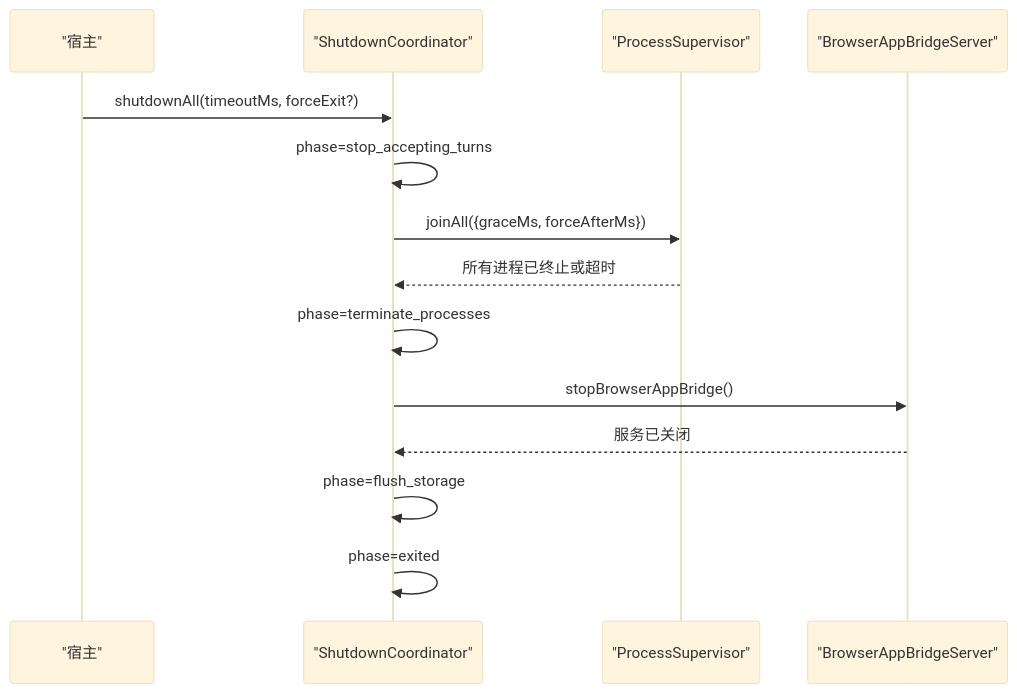
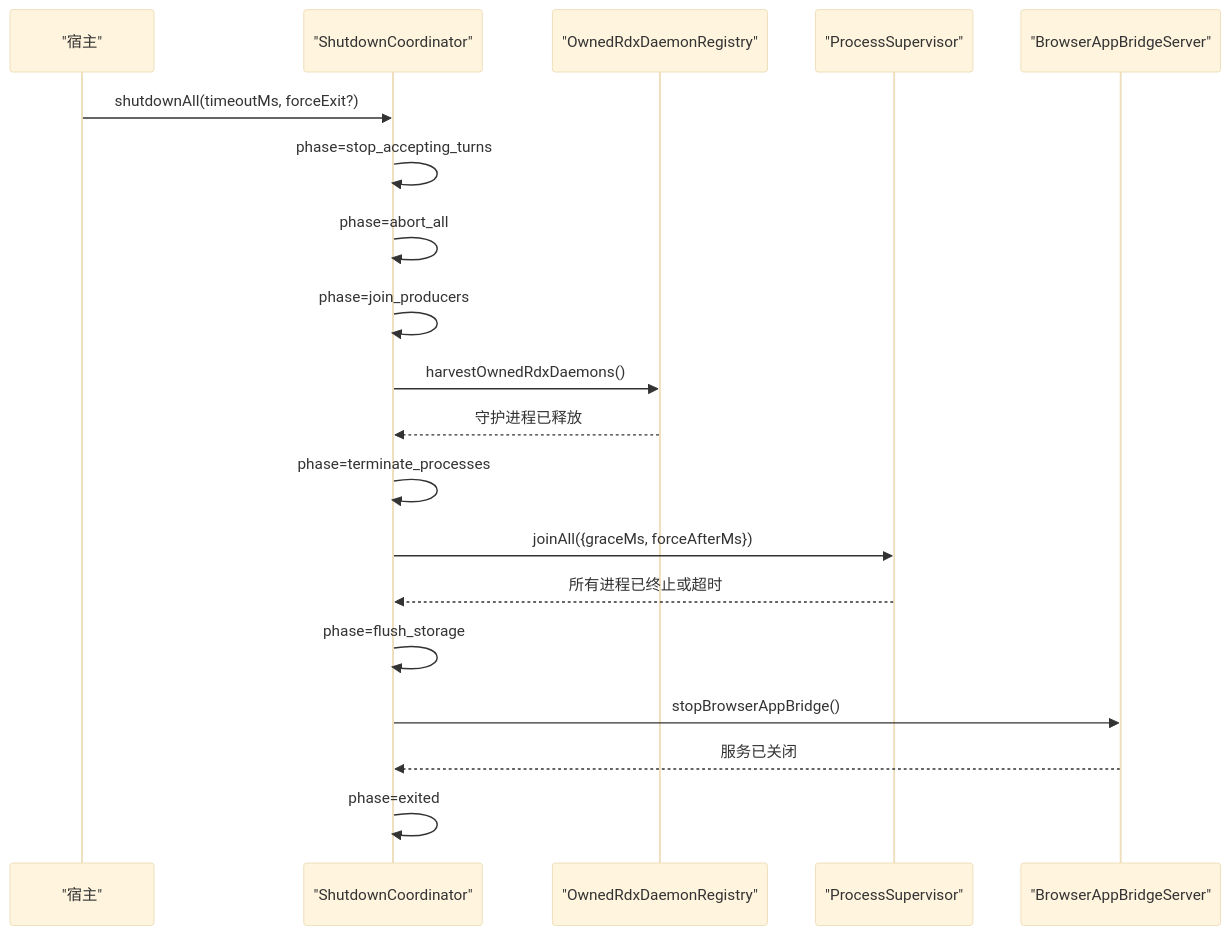
One commit to haolange/RDC-Agent changed the eighth of 8 diagrams in .qoder/repowiki/zh/content/架构设计/主进程架构/生命周期管理.md. Above: the diagram before and after it, drawn with Mermaid (base theme). The commit also changed other lines of this file and 28 other files, not shown here.

````diff
--- a/.qoder/repowiki/zh/content/架构设计/主进程架构/生命周期管理.md
+++ b/.qoder/repowiki/zh/content/架构设计/主进程架构/生命周期管理.md
@@ -322,16 +389,21 @@
 ```mermaid
 sequenceDiagram
 participant Host as "宿主"
 participant SC as "ShutdownCoordinator"
+participant ORD as "OwnedRdxDaemonRegistry"
 participant PS as "ProcessSupervisor"
 participant BBS as "BrowserAppBridgeServer"
 Host->>SC : shutdownAll(timeoutMs, forceExit?)
 SC->>SC : phase=stop_accepting_turns
+SC->>SC : phase=abort_all
+SC->>SC : phase=join_producers
+SC->>ORD : harvestOwnedRdxDaemons()
+ORD-->>SC : 守护进程已释放
+SC->>SC : phase=terminate_processes
 SC->>PS : joinAll({graceMs, forceAfterMs})
 PS-->>SC : 所有进程已终止或超时
-SC->>SC : phase=terminate_processes
+SC->>SC : phase=flush_storage
 SC->>BBS : stopBrowserAppBridge()
 BBS-->>SC : 服务已关闭
-SC->>SC : phase=flush_storage
 SC->>SC : phase=exited
 ```
````
